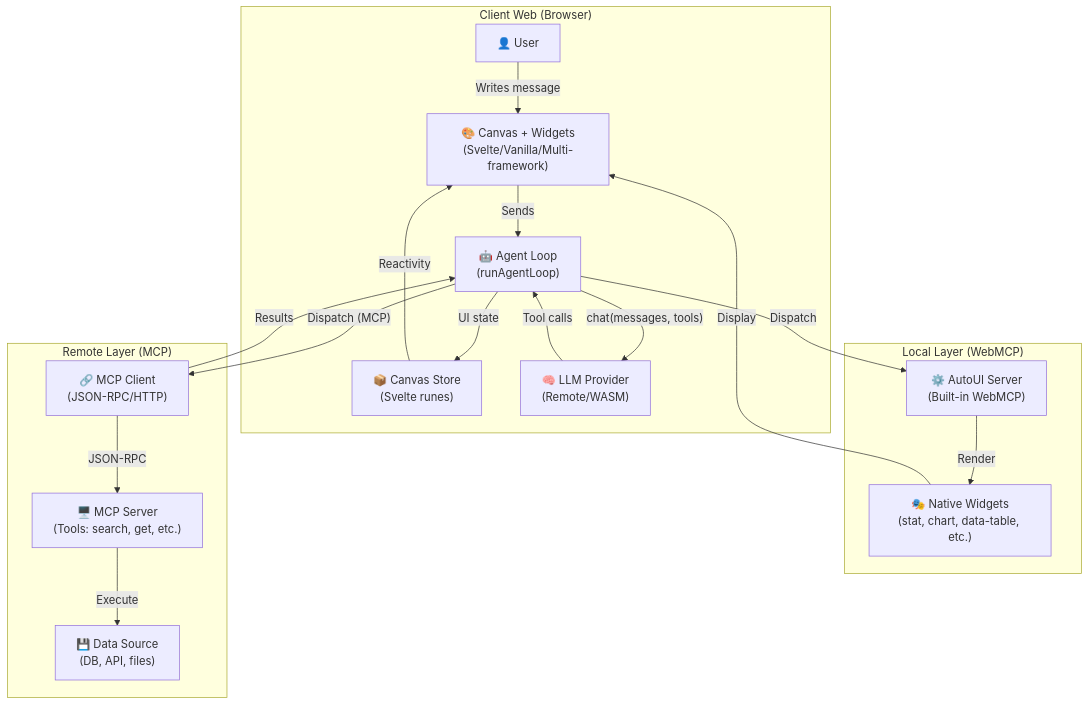
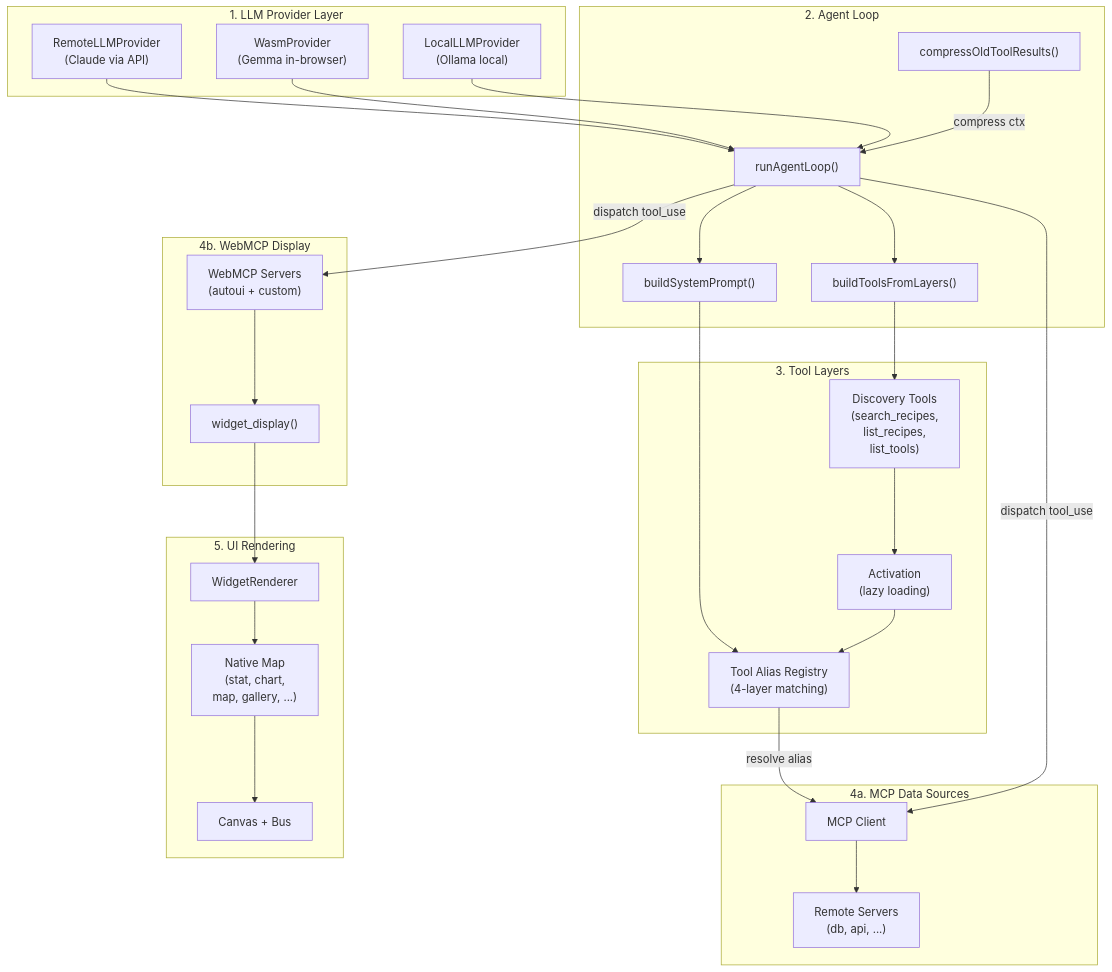
Before and after one commit to jeanbaptiste/webmcp-auto-ui: the first of 2 diagrams in docs-site/src/content/docs/en/guide/architecture.mdx, drawn with Mermaid. The commit also changed other lines of this file and 23 other files, not shown here.

````diff
--- a/docs-site/src/content/docs/en/guide/architecture.mdx
+++ b/docs-site/src/content/docs/en/guide/architecture.mdx
@@ -10,35 +19,62 @@
 ```mermaid
 graph TB
-    subgraph Client["Client Web (Browser)"]
-        A["👤 User"]
-        UI["🎨 Canvas + Widgets<br/>(Svelte/Vanilla/Multi-framework)"]
-        Store["📦 Canvas Store<br/>(Svelte runes)"]
-        Agent["🤖 Agent Loop<br/>(runAgentLoop)"]
-        LLM["🧠 LLM Provider<br/>(Remote/WASM)"]
+    subgraph "1. LLM Provider Layer"
+        RA["RemoteLLMProvider<br/>(Claude via API)"]
+        WA["WasmProvider<br/>(Gemma in-browser)"]
+        LA["LocalLLMProvider<br/>(Ollama local)"]
     end
-
-    subgraph Local["Local Layer (WebMCP)"]
-        AutoUI["⚙️ AutoUI Server<br/>(Built-in WebMCP)"]
-        Widgets["🎭 Native Widgets<br/>(stat, chart, data-table, etc.)"]
+    
+    subgraph "2. Agent Loop"
+        AL["runAgentLoop()"]
+        SP["buildSystemPrompt()"]
+        TL["buildToolsFromLayers()"]
+        CM["compressOldToolResults()"]
     end
-
-    subgraph Remote["Remote Layer (MCP)"]
-        MCPClient["🔗 MCP Client<br/>(JSON-RPC/HTTP)"]
-        MCPServer["🖥️ MCP Server<br/>(Tools: search, get, etc.)"]
-        Data["💾 Data Source<br/>(DB, API, files)"]
+    
+    subgraph "3. Tool Layers"
+        DT["Discovery Tools<br/>(search_recipes,<br/>list_recipes,<br/>list_tools)"]
+        AT["Activation<br/>(lazy loading)"]
+        AR["Tool Alias Registry<br/>(4-layer matching)"]
     end
-
-    A -->|"Writes message"| UI
-    UI -->|"Sends"| Agent
-    Agent -->|"chat(messages, tools)"| LLM
-    LLM -->|"Tool calls"| Agent
-    Agent -->|"Dispatch"| AutoUI
-    Agent -->|"Dispatch (MCP)"| MCPClient
-    AutoUI -->|"Render"| Widgets
-    Widgets -->|"Display"| UI
-    MCPClient -->|"JSON-RPC"| MCPServer
-    MCPServer -->|"Execute"| Data
-    MCPClient -->|"Results"| Agent
-    Agent -->|"UI state"| Store
-    Store -->|"Reactivity"| UI
+    
+    subgraph "4a. MCP Data Sources"
+        MC["MCP Client"]
+        MS["Remote Servers<br/>(db, api, ...)"]
+    end
+    
+    subgraph "4b. WebMCP Display"
+        WS["WebMCP Servers<br/>(autoui + custom)"]
+        WD["widget_display()"]
+    end
+    
+    subgraph "5. UI Rendering"
+        WR["WidgetRenderer"]
+        NM["Native Map<br/>(stat, chart,<br/>map, gallery, ...)"]
+        CV["Canvas + Bus"]
+    end
+    
+    RA --> AL
+    WA --> AL
+    LA --> AL
+    
+    AL --> SP
+    AL --> TL
+    
+    SP --> AR
+    TL --> DT
+    DT --> AT
+    AT --> AR
+    
+    AR -->|"resolve alias"| MC
+    MC --> MS
+    
+    AL -->|"dispatch tool_use"| MC
+    AL -->|"dispatch tool_use"| WS
+    
+    WS --> WD
+    WD --> WR
+    WR --> NM
+    NM --> CV
+    
+    CM -->|"compress ctx"| AL
 ```
````
